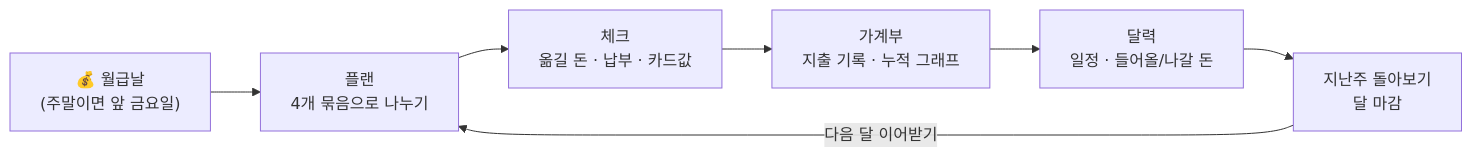
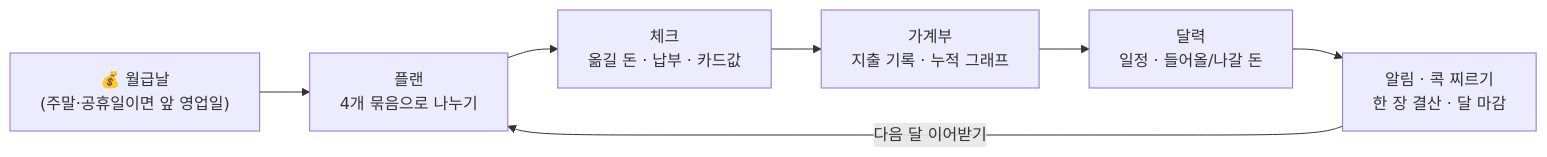
Before and after one commit to jojaden/our-money: the first of 5 diagrams in README.md, drawn with Mermaid. The commit also changed other lines of this file and 18 other files, not shown here.

````diff
--- a/README.md
+++ b/README.md
@@ -28,9 +29,9 @@
 ```mermaid
 flowchart LR
-  P["💰 월급날<br/>(주말이면 앞 금요일)"] --> A["플랜<br/>4개 묶음으로 나누기"]
+  P["💰 월급날<br/>(주말·공휴일이면 앞 영업일)"] --> A["플랜<br/>4개 묶음으로 나누기"]
   A --> B["체크<br/>옮길 돈 · 납부 · 카드값"]
   B --> C["가계부<br/>지출 기록 · 누적 그래프"]
   C --> D["달력<br/>일정 · 들어올/나갈 돈"]
-  D --> E["지난주 돌아보기<br/>달 마감"]
+  D --> E["알림 · 콕 찌르기<br/>한 장 결산 · 달 마감"]
   E -->|"다음 달 이어받기"| A
 ```
````
